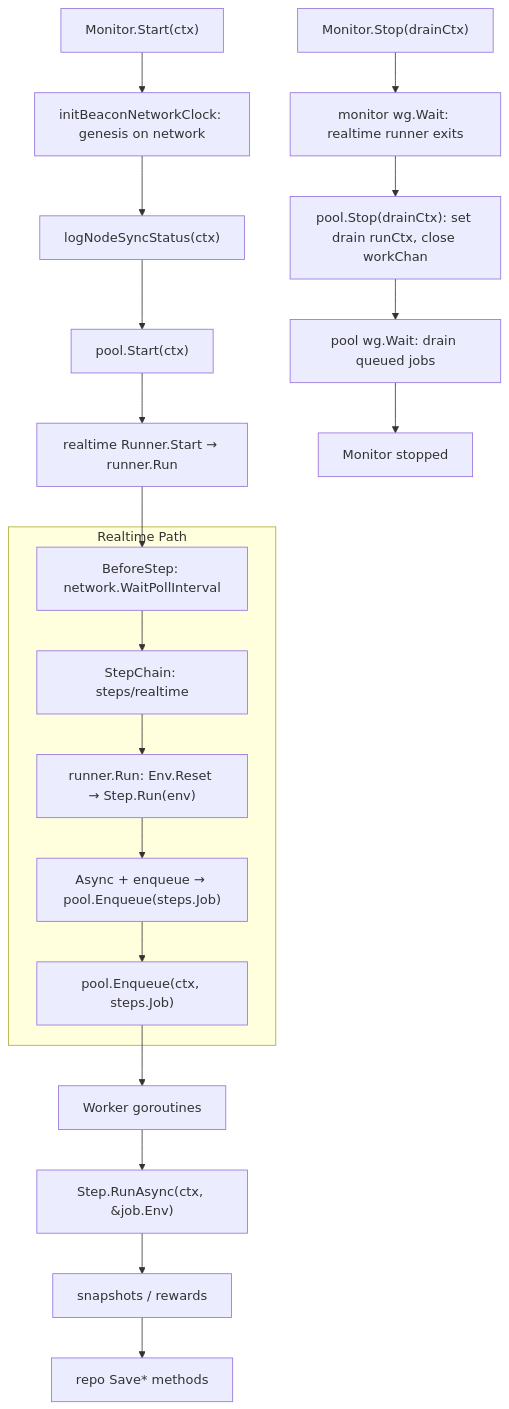
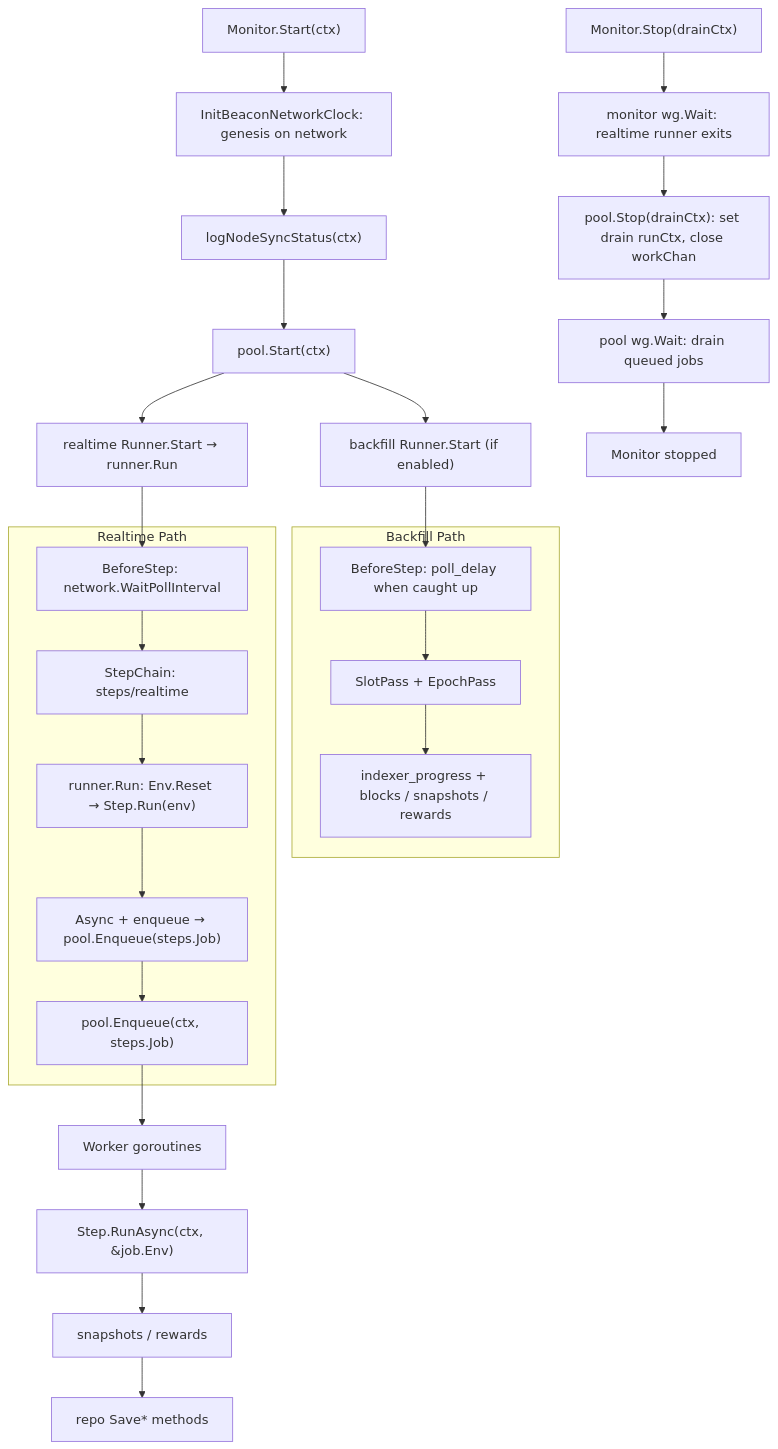
Before and after one commit to tharun-p/pauli: the first of 3 diagrams in doc/monitor-e2e-flow.md, drawn with Mermaid. The commit also changed other lines of this file and 35 other files, not shown here.

````diff
--- a/doc/monitor-e2e-flow.md
+++ b/doc/monitor-e2e-flow.md
@@ -5,25 +5,31 @@
 ```mermaid
 flowchart TD
-  Start["Monitor.Start(ctx)"] --> InitSched["initBeaconNetworkClock: genesis on network"]
+  Start["Monitor.Start(ctx)"] --> InitSched["InitBeaconNetworkClock: genesis on network"]
   InitSched --> NodeSync["logNodeSyncStatus(ctx)"]
   NodeSync --> StartWorkers["pool.Start(ctx)"]
   StartWorkers --> StartRealtime["realtime Runner.Start → runner.Run"]
+  StartWorkers --> StartBackfill["backfill Runner.Start (if enabled)"]
   StartRealtime --> RTWait
+  subgraph backfillPath [Backfill Path]
+    BFWait["BeforeStep: poll_delay when caught up"] --> BFChain["SlotPass + EpochPass"]
+    BFChain --> BFMark["indexer_progress + blocks / snapshots / rewards"]
+  end
+  StartBackfill --> BFWait
 
   subgraph realtimePath [Realtime Path]
     RTWait["BeforeStep: network.WaitPollInterval"] --> RTChain["StepChain: steps/realtime"]
     RTDrainEnv["runner.Run: Env.Reset → Step.Run(env)"] --> RTDrain["Async + enqueue → pool.Enqueue(steps.Job)"]
     RTChain --> RTDrainEnv
     RTDrain --> Enqueue
   end
 
   Enqueue["pool.Enqueue(ctx, steps.Job)"] --> WorkerN[Worker goroutines]
   WorkerN --> Process["Step.RunAsync(ctx, &job.Env)"]
   Process --> Snap["snapshots / rewards"]
   Snap --> Repo[repo Save* methods]
 
   Stop["Monitor.Stop(drainCtx)"] --> WaitRt["monitor wg.Wait: realtime runner exits"]
   WaitRt --> CloseJobs["pool.Stop(drainCtx): set drain runCtx, close workChan"]
   CloseJobs --> WaitWorkers["pool wg.Wait: drain queued jobs"]
   WaitWorkers --> endNode[Monitor stopped]
 ```
````
